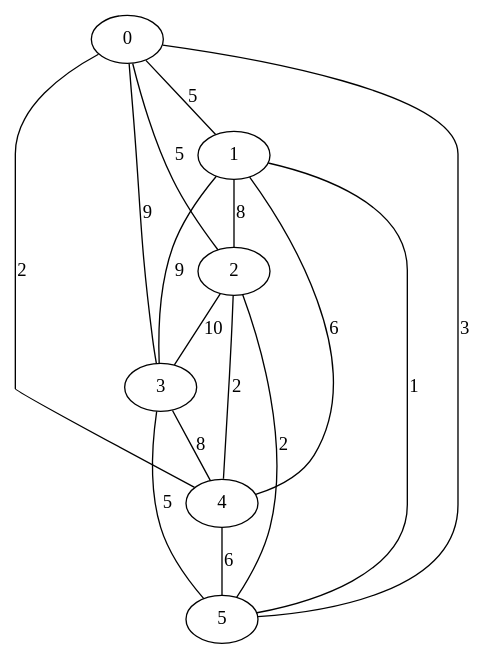
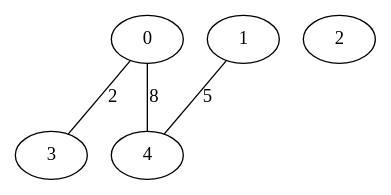
Before and after one commit to nand1nha/Tecnica-de-programacao-avancada: the diagram in grafo-com-peso/grafo.dot, drawn with Graphviz. The commit also changed 5 other files, not shown here.

First line of the commit message:
Refactor graph representation and connectivity checks

```diff
--- a/grafo-com-peso/grafo.dot
+++ b/grafo-com-peso/grafo.dot
@@ -1,23 +1,10 @@
 graph G {
   0;
   1;
   2;
   3;
   4;
-  5;
-  0 -- 4 [label=2,weight=2];
-  0 -- 2 [label=5,weight=5];
-  0 -- 1 [label=5,weight=5];
-  0 -- 3 [label=9,weight=9];
-  0 -- 5 [label=3,weight=3];
-  1 -- 2 [label=8,weight=8];
-  1 -- 5 [label=1,weight=1];
-  1 -- 3 [label=9,weight=9];
-  1 -- 4 [label=6,weight=6];
-  2 -- 3 [label=10,weight=10];
-  2 -- 5 [label=2,weight=2];
-  2 -- 4 [label=2,weight=2];
-  3 -- 5 [label=5,weight=5];
-  3 -- 4 [label=8,weight=8];
-  4 -- 5 [label=6,weight=6];
+  0 -- 3 [label=2,weight=2];
+  0 -- 4 [label=8,weight=8];
+  1 -- 4 [label=5,weight=5];
 }
```
